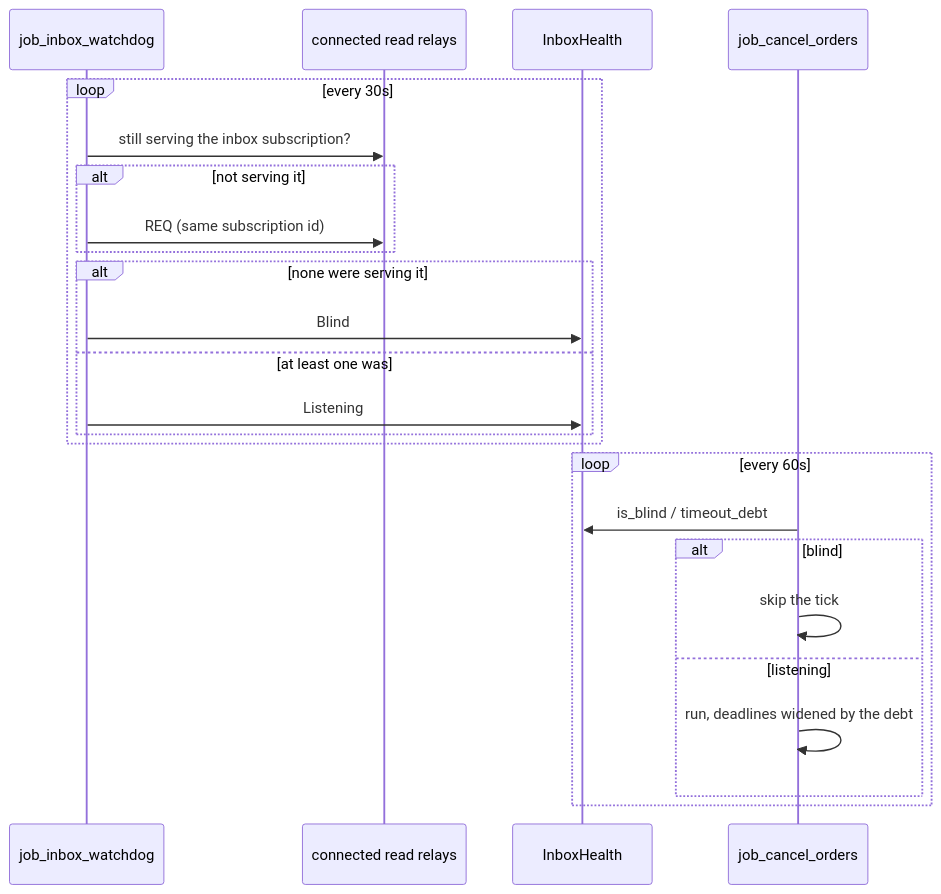
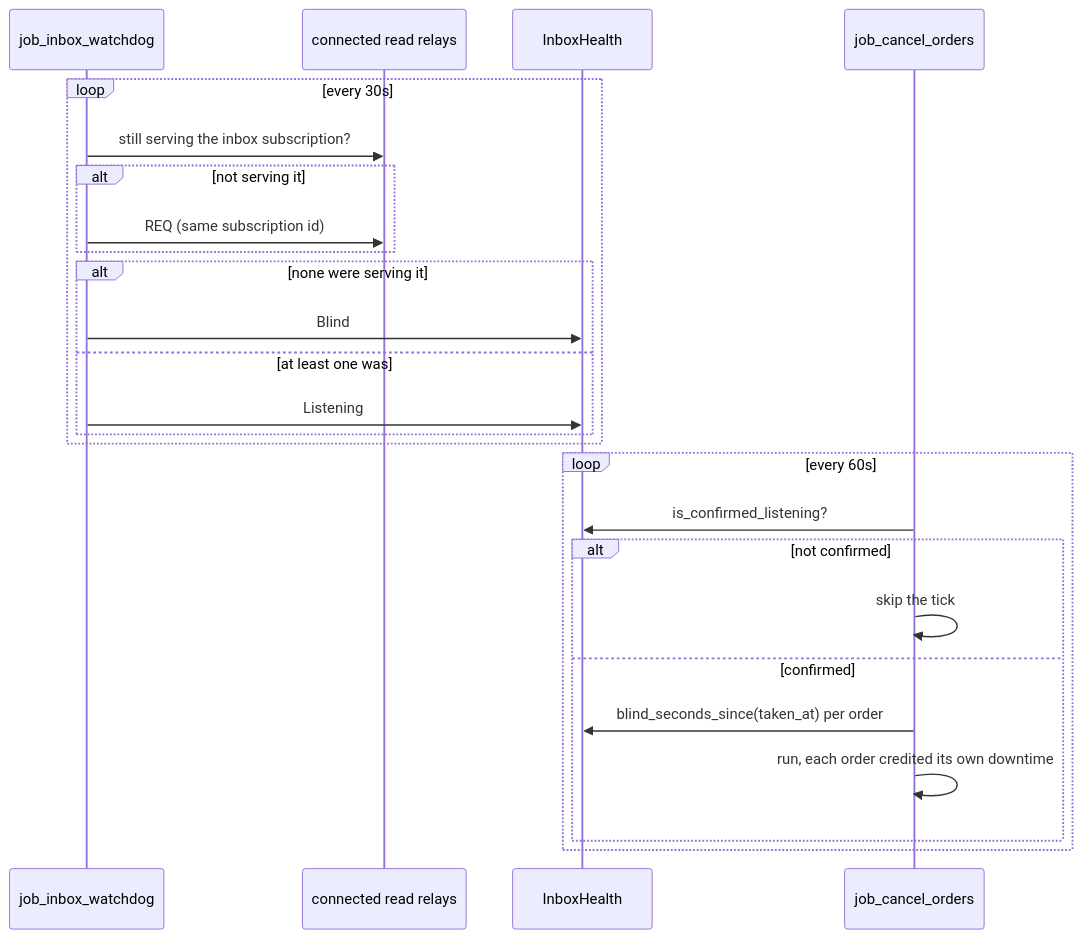
The second of 2 diagrams in docs/EVENT_ROUTING.md (MostroP2P/mostro), drawn with Mermaid before and after one commit. The commit also changed other lines of this file and 3 other files, not shown here.

Commit message:
docs: refactor timeout compensation from decaying allowance to per-order downtime tracking

````diff
--- a/docs/EVENT_ROUTING.md
+++ b/docs/EVENT_ROUTING.md
@@ -79,28 +83,29 @@
 ```mermaid
 sequenceDiagram
   participant Job as job_inbox_watchdog
   participant Relay as connected read relays
   participant Health as InboxHealth
   participant Timeouts as job_cancel_orders
 
   loop every 30s
     Job->>Relay: still serving the inbox subscription?
     alt not serving it
       Job->>Relay: REQ (same subscription id)
     end
     alt none were serving it
       Job->>Health: Blind
     else at least one was
       Job->>Health: Listening
     end
   end
 
   loop every 60s
-    Timeouts->>Health: is_blind / timeout_debt
-    alt blind
+    Timeouts->>Health: is_confirmed_listening?
+    alt not confirmed
       Timeouts->>Timeouts: skip the tick
-    else listening
-      Timeouts->>Timeouts: run, deadlines widened by the debt
+    else confirmed
+      Timeouts->>Health: blind_seconds_since(taken_at) per order
+      Timeouts->>Timeouts: run, each order credited its own downtime
     end
   end
 ```
````
